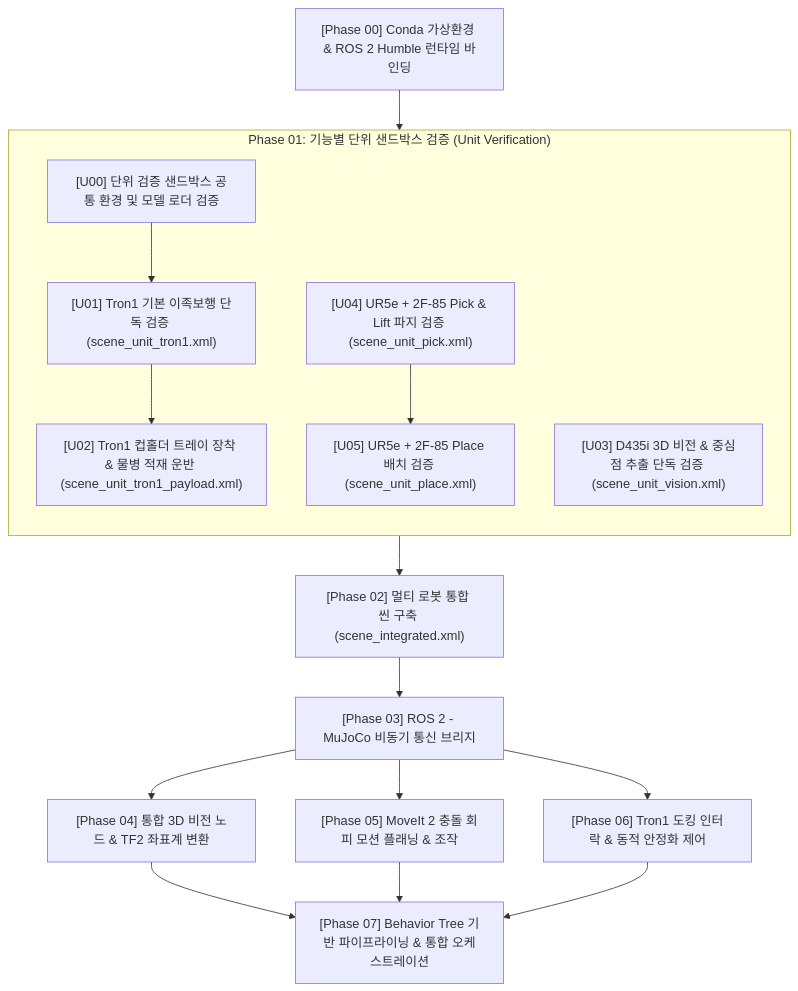
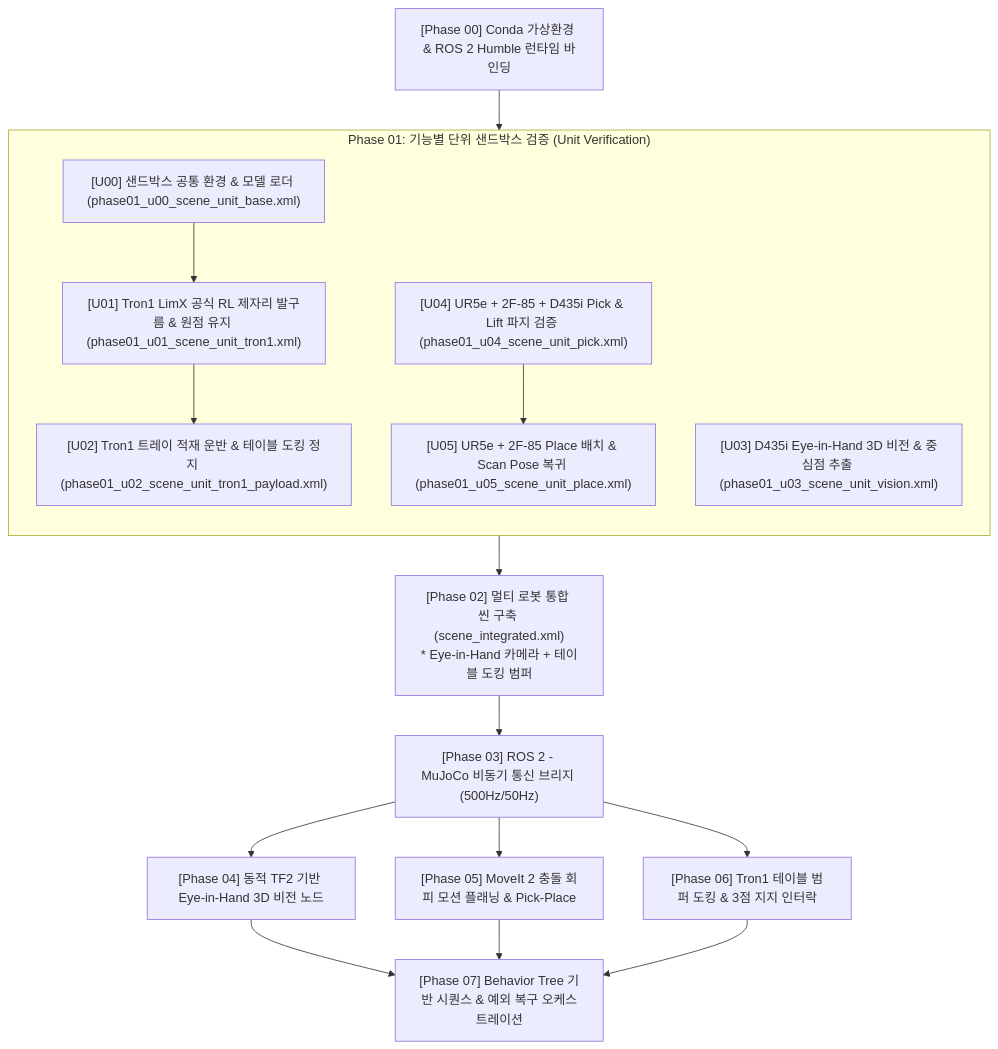
One commit to Centaucyan/Proj_Transferring_bottle_from_tron1_to_ur5e_in_mujoco_env changed the diagram in documents/development_roadmap/rm_full_development_roadmap.md. Above: the diagram before and after it, drawn with Mermaid. The commit also changed other lines of this file, not shown here.

Commit message:
Modified rm_full_development_roadmap.md file.

````diff
--- a/documents/development_roadmap/rm_full_development_roadmap.md
+++ b/documents/development_roadmap/rm_full_development_roadmap.md
@@ -35,23 +39,23 @@
 ```mermaid
 flowchart TD
     P00["[Phase 00] Conda 가상환경 & ROS 2 Humble 런타임 바인딩"] --> Phase01
 
     subgraph Phase01 ["Phase 01: 기능별 단위 샌드박스 검증 (Unit Verification)"]
         direction TB
-        U00["[U00] 단위 검증 샌드박스 공통 환경 및 모델 로더 검증"] --> U01
-        U01["[U01] Tron1 기본 이족보행 단독 검증 (scene_unit_tron1.xml)"] --> U02
-        U02["[U02] Tron1 컵홀더 트레이 장착 & 물병 적재 운반 (scene_unit_tron1_payload.xml)"]
-        U03["[U03] D435i 3D 비전 & 중심점 추출 단독 검증 (scene_unit_vision.xml)"]
-        U04["[U04] UR5e + 2F-85 Pick & Lift 파지 검증 (scene_unit_pick.xml)"] --> U05
-        U05["[U05] UR5e + 2F-85 Place 배치 검증 (scene_unit_place.xml)"]
+        U00["[U00] 샌드박스 공통 환경 & 모델 로더 (phase01_u00_scene_unit_base.xml)"] --> U01
+        U01["[U01] Tron1 LimX 공식 RL 제자리 발구름 & 원점 유지 (phase01_u01_scene_unit_tron1.xml)"] --> U02
+        U02["[U02] Tron1 트레이 적재 운반 & 테이블 도킹 정지 (phase01_u02_scene_unit_tron1_payload.xml)"]
+        U03["[U03] D435i Eye-in-Hand 3D 비전 & 중심점 추출 (phase01_u03_scene_unit_vision.xml)"]
+        U04["[U04] UR5e + 2F-85 + D435i Pick & Lift 파지 검증 (phase01_u04_scene_unit_pick.xml)"] --> U05
+        U05["[U05] UR5e + 2F-85 Place 배치 & Scan Pose 복귀 (phase01_u05_scene_unit_place.xml)"]
     end
 
-    Phase01 --> P02["[Phase 02] 멀티 로봇 통합 씬 구축 (scene_integrated.xml)"]
-    P02 --> P03["[Phase 03] ROS 2 - MuJoCo 비동기 통신 브리지"]
-    P03 --> P04["[Phase 04] 통합 3D 비전 노드 & TF2 좌표계 변환"]
-    P03 --> P05["[Phase 05] MoveIt 2 충돌 회피 모션 플래닝 & 조작"]
-    P03 --> P06["[Phase 06] Tron1 도킹 인터락 & 동적 안정화 제어"]
-    P04 --> P07["[Phase 07] Behavior Tree 기반 파이프라이닝 & 통합 오케스트레이션"]
+    Phase01 --> P02["[Phase 02] 멀티 로봇 통합 씬 구축 (scene_integrated.xml)\n* Eye-in-Hand 카메라 + 테이블 도킹 범퍼"]
+    P02 --> P03["[Phase 03] ROS 2 - MuJoCo 비동기 통신 브리지 (500Hz/50Hz)"]
+    P03 --> P04["[Phase 04] 동적 TF2 기반 Eye-in-Hand 3D 비전 노드"]
+    P03 --> P05["[Phase 05] MoveIt 2 충돌 회피 모션 플래닝 & Pick-Place"]
+    P03 --> P06["[Phase 06] Tron1 테이블 범퍼 도킹 & 3점 지지 인터락"]
+    P04 --> P07["[Phase 07] Behavior Tree 기반 시퀀스 & 예외 복구 오케스트레이션"]
     P05 --> P07
     P06 --> P07
 ```
````
